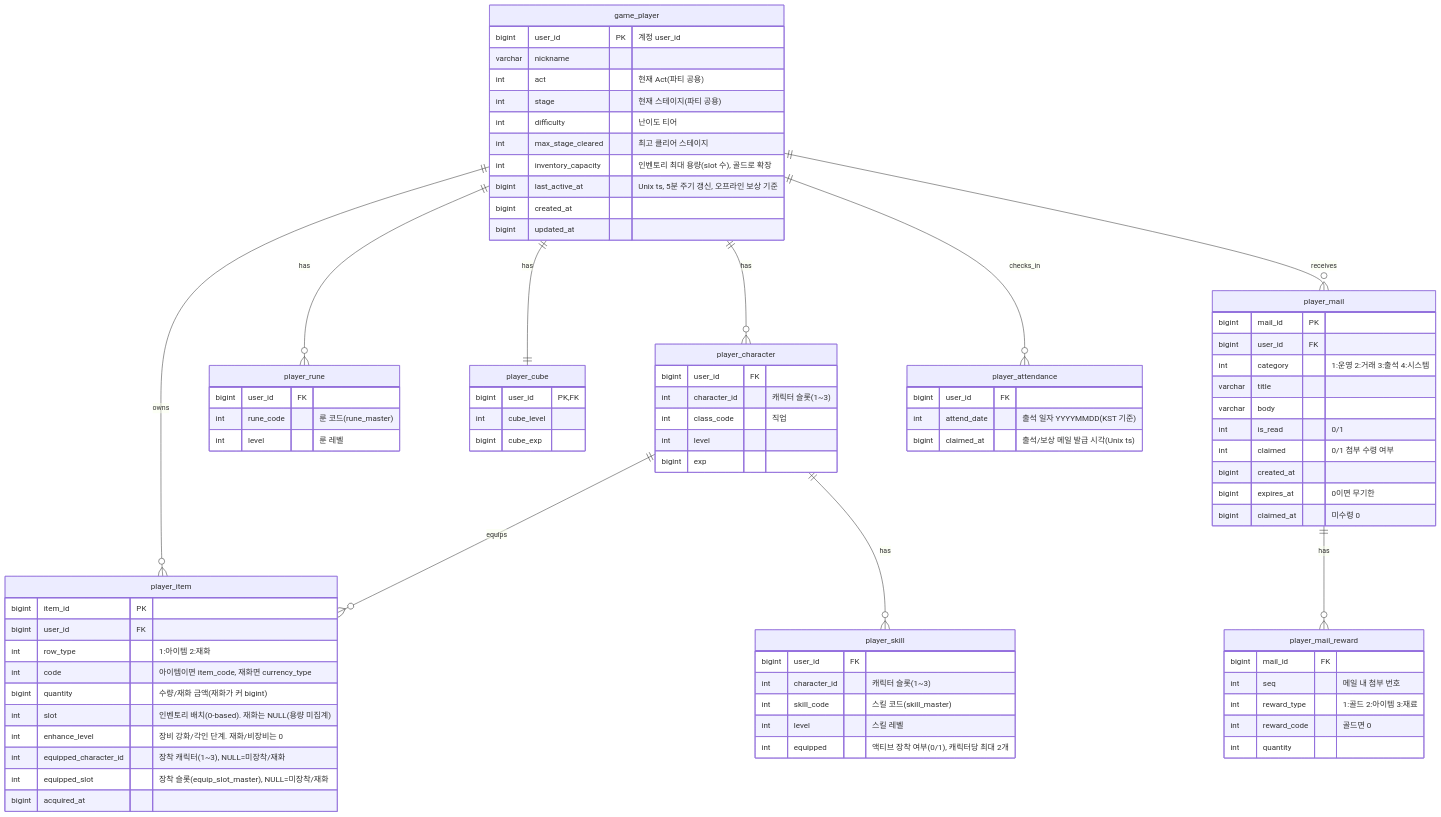
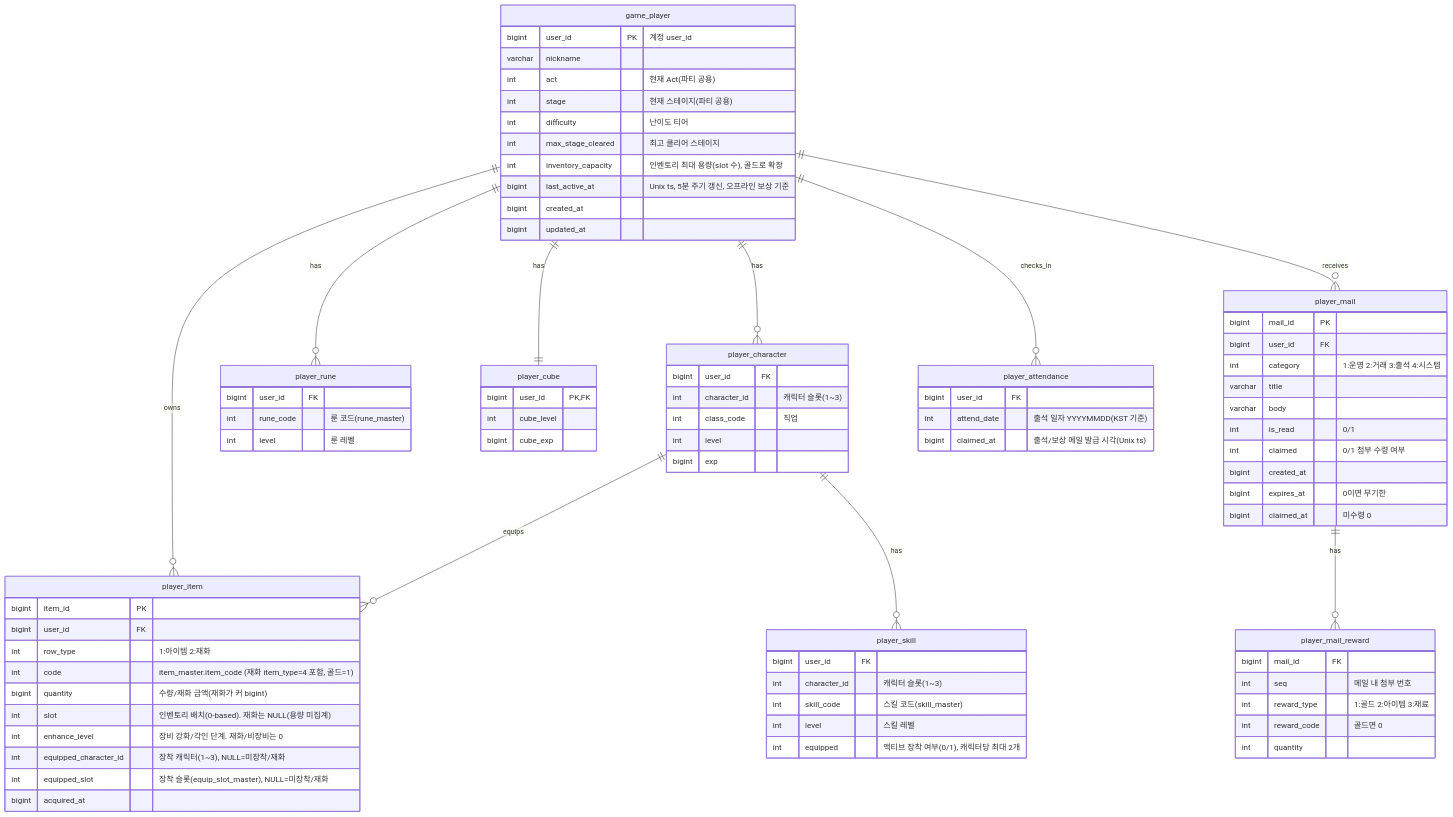
The diagram in docs/세부/save-data-기획서.md (ks-wook/com2us-taskbar-hero), drawn with Mermaid before and after one commit. The commit also changed other lines of this file and 7 other files, not shown here.

```diff
--- a/docs/세부/save-data-기획서.md
+++ b/docs/세부/save-data-기획서.md
@@ -67,7 +67,7 @@
         bigint  item_id PK
         bigint  user_id FK
         int     row_type "1:아이템 2:재화"
-        int     code "아이템이면 item_code, 재화면 currency_type"
+        int     code "item_master.item_code (재화 item_type=4 포함, 골드=1)"
         bigint  quantity "수량/재화 금액(재화가 커 bigint)"
         int     slot "인벤토리 배치(0-based). 재화는 NULL(용량 미집계)"
         int     enhance_level "장비 강화/각인 단계. 재화/비장비는 0"
```
